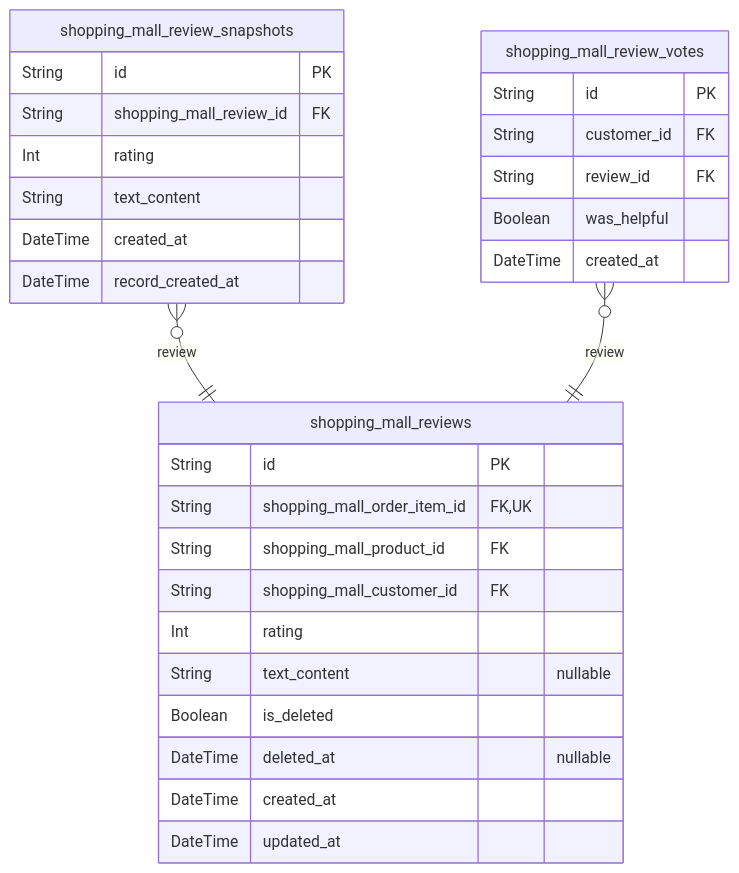
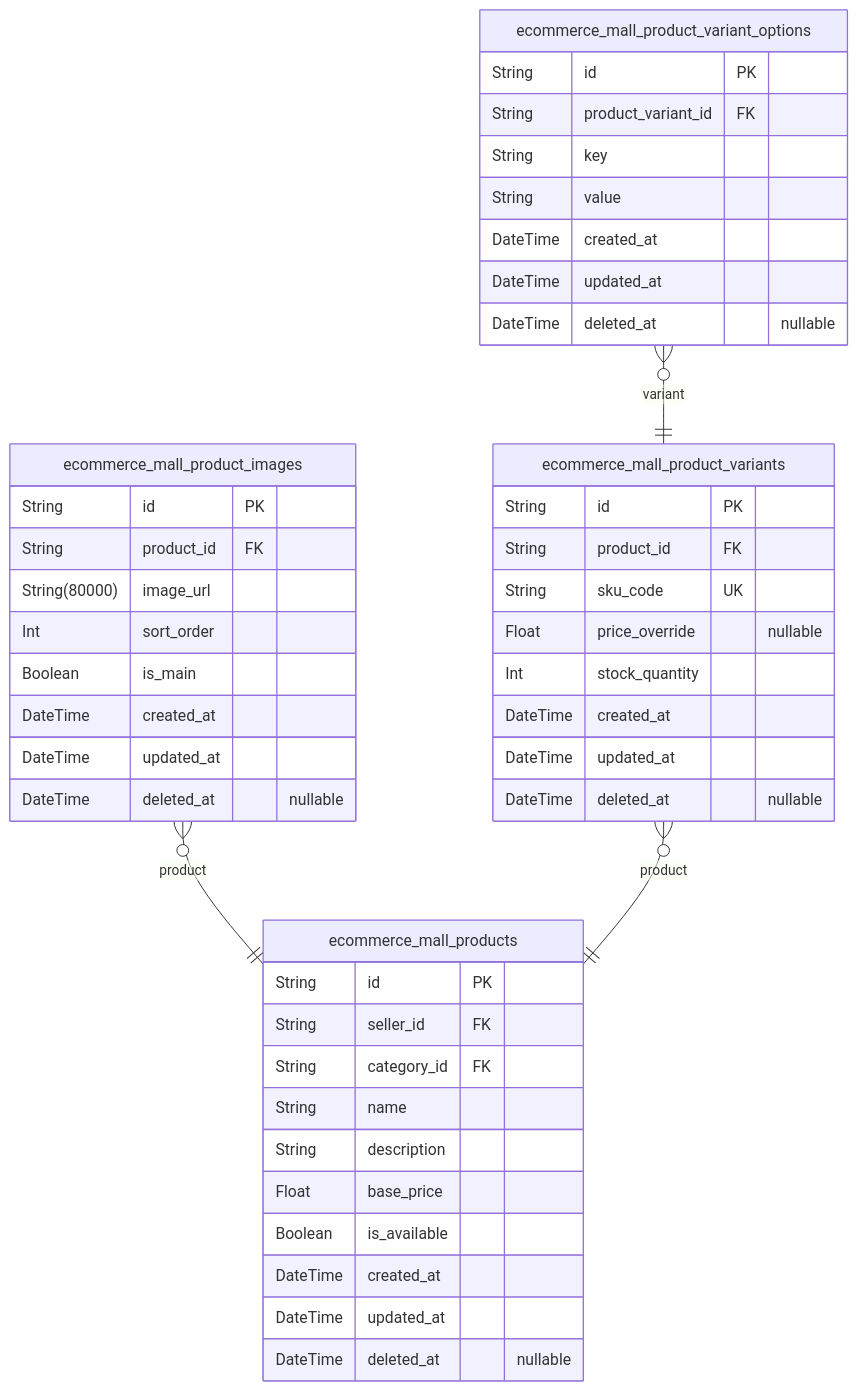
One commit to wrtnlabs/autobe-examples changed diagram 11 of 11 in qwen/qwen3-coder-next/shopping/docs/ERD.md. Above: the diagram before and after it, drawn with Mermaid. The commit also changed other lines of this file and 13530 other files, not shown here.

````diff
--- a/qwen/qwen3-coder-next/shopping/docs/ERD.md
+++ b/qwen/qwen3-coder-next/shopping/docs/ERD.md
@@ -2586,32 +1913,47 @@
 ```mermaid
 erDiagram
-"shopping_mall_reviews" {
+"ecommerce_mall_products" {
   String id PK
-  String shopping_mall_order_item_id FK,UK
-  String shopping_mall_product_id FK
-  String shopping_mall_customer_id FK
-  Int rating
-  String text_content "nullable"
-  Boolean is_deleted
-  DateTime deleted_at "nullable"
+  String seller_id FK
+  String category_id FK
+  String name
+  String description
+  Float base_price
+  Boolean is_available
   DateTime created_at
   DateTime updated_at
+  DateTime deleted_at "nullable"
 }
-"shopping_mall_review_snapshots" {
+"ecommerce_mall_product_images" {
   String id PK
-  String shopping_mall_review_id FK
-  Int rating
-  String text_content
+  String product_id FK
+  String(80000) image_url
+  Int sort_order
+  Boolean is_main
   DateTime created_at
-  DateTime record_created_at
+  DateTime updated_at
+  DateTime deleted_at "nullable"
 }
-"shopping_mall_review_votes" {
+"ecommerce_mall_product_variants" {
   String id PK
-  String customer_id FK
-  String review_id FK
-  Boolean was_helpful
+  String product_id FK
+  String sku_code UK
+  Float price_override "nullable"
+  Int stock_quantity
   DateTime created_at
+  DateTime updated_at
+  DateTime deleted_at "nullable"
 }
-"shopping_mall_review_snapshots" }o--|| "shopping_mall_reviews" : review
-"shopping_mall_review_votes" }o--|| "shopping_mall_reviews" : review
+"ecommerce_mall_product_variant_options" {
+  String id PK
+  String product_variant_id FK
+  String key
+  String value
+  DateTime created_at
+  DateTime updated_at
+  DateTime deleted_at "nullable"
+}
+"ecommerce_mall_product_images" }o--|| "ecommerce_mall_products" : product
+"ecommerce_mall_product_variants" }o--|| "ecommerce_mall_products" : product
+"ecommerce_mall_product_variant_options" }o--|| "ecommerce_mall_product_variants" : variant
 ```
````
